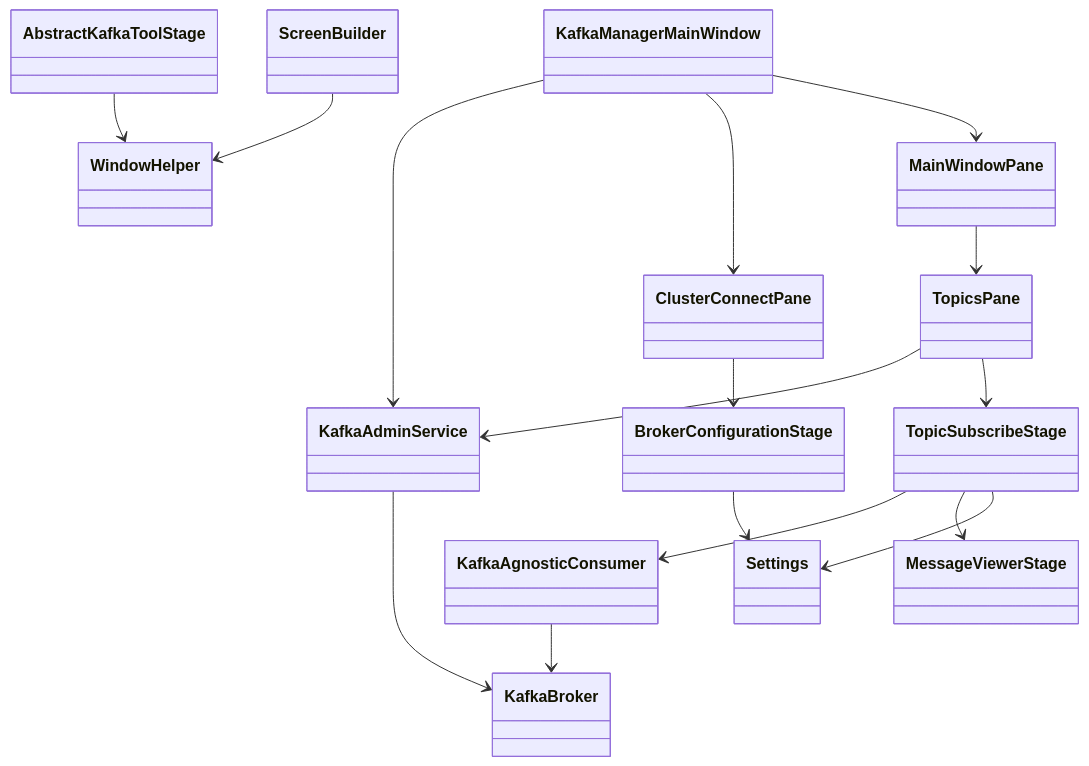
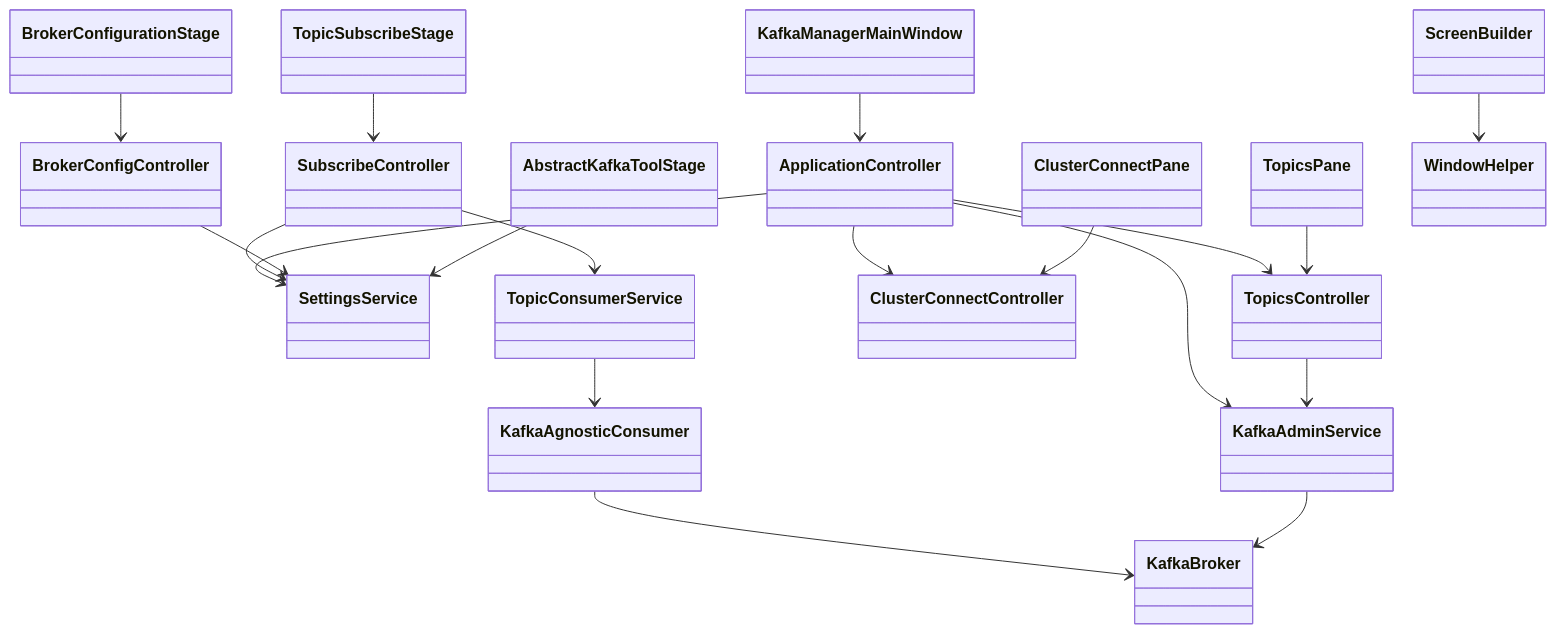
One commit to vepo/kafka-tool changed the diagram in docs/ARCHITECTURE.md. Above: the diagram before and after it, drawn with Mermaid. The commit also changed other lines of this file and 25 other files, not shown here.

````diff
--- a/docs/ARCHITECTURE.md
+++ b/docs/ARCHITECTURE.md
@@ -214,18 +230,21 @@
 ```mermaid
 classDiagram
-    KafkaManagerMainWindow --> KafkaAdminService
-    KafkaManagerMainWindow --> ClusterConnectPane
-    KafkaManagerMainWindow --> MainWindowPane
-    MainWindowPane --> TopicsPane
-    TopicsPane --> KafkaAdminService
-    TopicsPane --> TopicSubscribeStage
-    ClusterConnectPane --> BrokerConfigurationStage
-    TopicSubscribeStage --> KafkaAgnosticConsumer
-    TopicSubscribeStage --> MessageViewerStage
-    BrokerConfigurationStage --> Settings
-    TopicSubscribeStage --> Settings
+    KafkaManagerMainWindow --> ApplicationController
+    ApplicationController --> KafkaAdminService
+    ApplicationController --> SettingsService
+    ApplicationController --> TopicsController
+    ApplicationController --> ClusterConnectController
+    TopicsPane --> TopicsController
+    ClusterConnectPane --> ClusterConnectController
+    TopicSubscribeStage --> SubscribeController
+    BrokerConfigurationStage --> BrokerConfigController
+    SubscribeController --> TopicConsumerService
+    SubscribeController --> SettingsService
+    TopicsController --> KafkaAdminService
+    BrokerConfigController --> SettingsService
+    TopicConsumerService --> KafkaAgnosticConsumer
     KafkaAgnosticConsumer --> KafkaBroker
     KafkaAdminService --> KafkaBroker
-    AbstractKafkaToolStage --> WindowHelper
+    AbstractKafkaToolStage --> SettingsService
     ScreenBuilder --> WindowHelper
 ```
````
